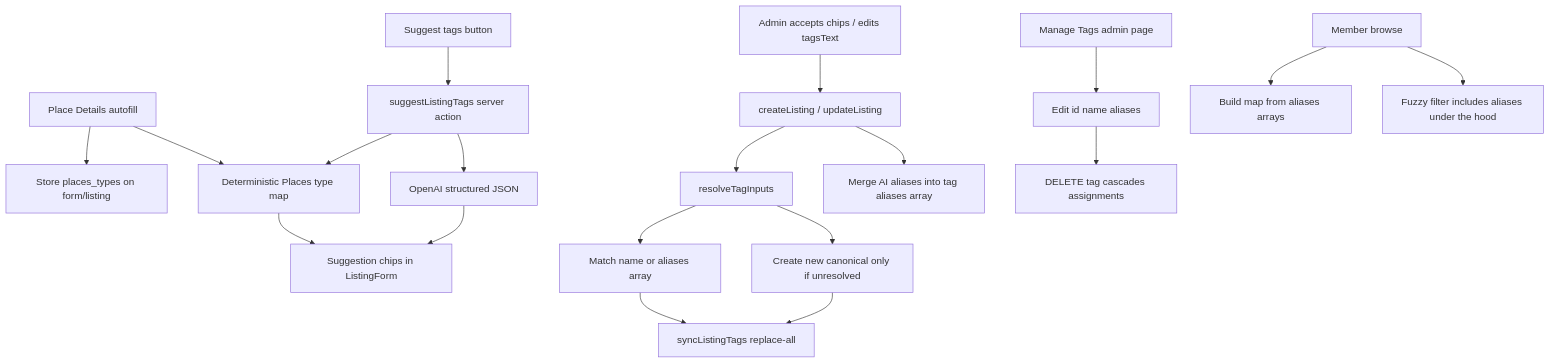
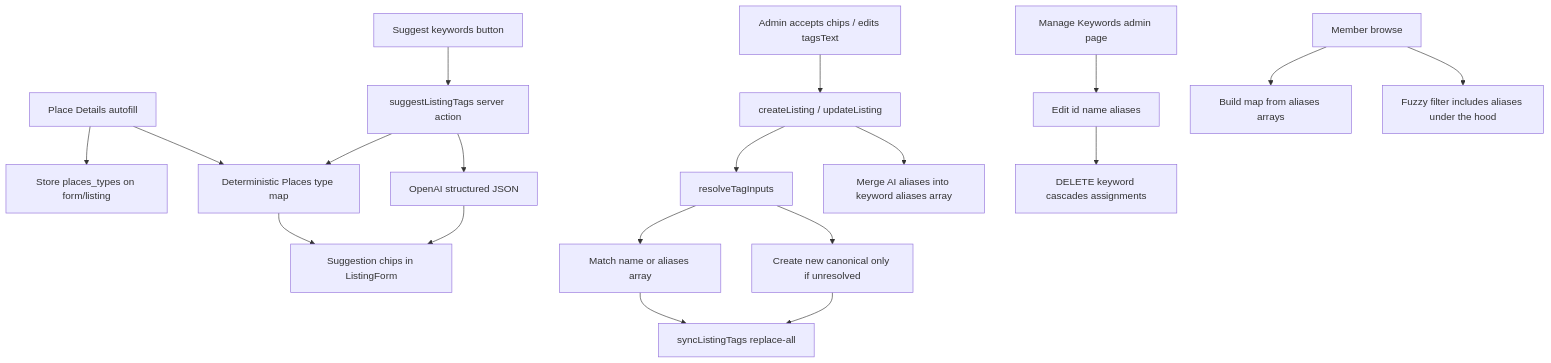
The first of 2 diagrams in docs/listing-tags-improvement-plan.md (AlexanderBraatz/APIC-community-web-app), drawn with Mermaid before and after one commit. The commit also changed other lines of this file and 18 other files, not shown here.

First line of the commit message:
Rename listing Tag copy to Keywords in UI and docs.

````diff
--- a/docs/listing-tags-improvement-plan.md
+++ b/docs/listing-tags-improvement-plan.md
@@ -23,21 +23,21 @@
 ```mermaid
 flowchart TD
   PlaceSelect[Place Details autofill] --> PersistTypes[Store places_types on form/listing]
   PlaceSelect --> Determ[Deterministic Places type map]
   Determ --> SuggestChips[Suggestion chips in ListingForm]
-  SuggestBtn[Suggest tags button] --> Pipeline[suggestListingTags server action]
+  SuggestBtn[Suggest keywords button] --> Pipeline[suggestListingTags server action]
   Pipeline --> Determ
   Pipeline --> OpenAI[OpenAI structured JSON]
   OpenAI --> SuggestChips
   AdminAccept[Admin accepts chips / edits tagsText] --> Save[createListing / updateListing]
   Save --> Resolve[resolveTagInputs]
   Resolve --> Canonical[Match name or aliases array]
   Resolve --> Create[Create new canonical only if unresolved]
   Canonical --> Sync[syncListingTags replace-all]
   Create --> Sync
-  Save --> MergeAliases[Merge AI aliases into tag aliases array]
-  ManagePage[Manage Tags admin page] --> EditTag[Edit id name aliases]
-  EditTag --> Cascade[DELETE tag cascades assignments]
+  Save --> MergeAliases[Merge AI aliases into keyword aliases array]
+  ManagePage[Manage Keywords admin page] --> EditTag[Edit id name aliases]
+  EditTag --> Cascade[DELETE keyword cascades assignments]
   Browse[Member browse] --> AliasMap[Build map from aliases arrays]
   Browse --> Fuzzy[Fuzzy filter includes aliases under the hood]
 ```
````
